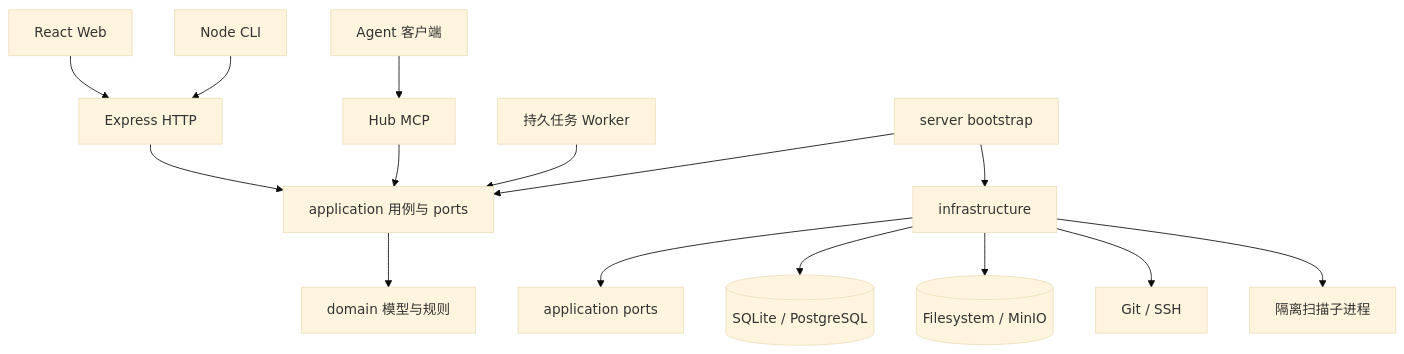
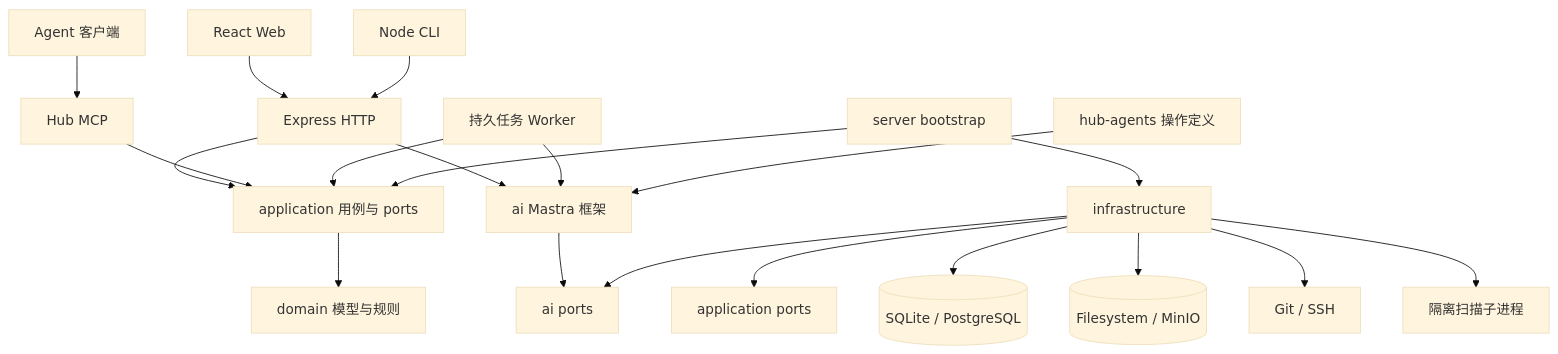
Before and after one commit to pettyferlove/capability-hub: the diagram in documents/architecture/system.md, drawn with Mermaid (base theme). The commit also changed other lines of this file and 11 other files, not shown here.

````diff
--- a/documents/architecture/system.md
+++ b/documents/architecture/system.md
@@ -7,17 +7,22 @@
 ```mermaid
 flowchart TD
   Web[React Web] --> HTTP[Express HTTP]
   CLI[Node CLI] --> HTTP
   Agent[Agent 客户端] --> MCP[Hub MCP]
   HTTP --> App[application 用例与 ports]
   MCP --> App
   Worker[持久任务 Worker] --> App
   App --> Domain[domain 模型与规则]
   Bootstrap[server bootstrap] --> App
   Bootstrap --> Infra[infrastructure]
   Infra --> Ports[application ports]
+  HTTP --> AI[ai Mastra 框架]
+  Worker --> AI
+  Business[hub-agents 操作定义] --> AI
+  AI --> AiPorts[ai ports]
+  Infra --> AiPorts
   Infra --> DB[(SQLite / PostgreSQL)]
   Infra --> Blob[(Filesystem / MinIO)]
   Infra --> Git[Git / SSH]
   Infra --> Scan[隔离扫描子进程]
 ```
````
